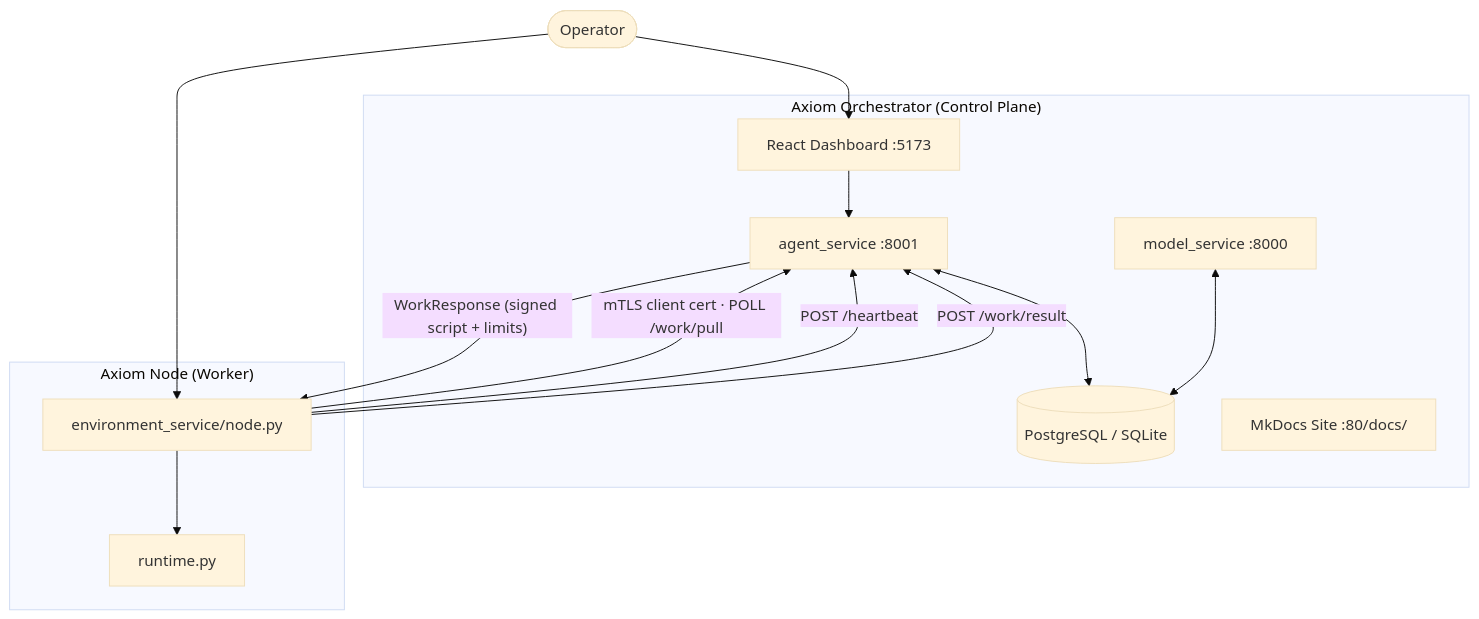
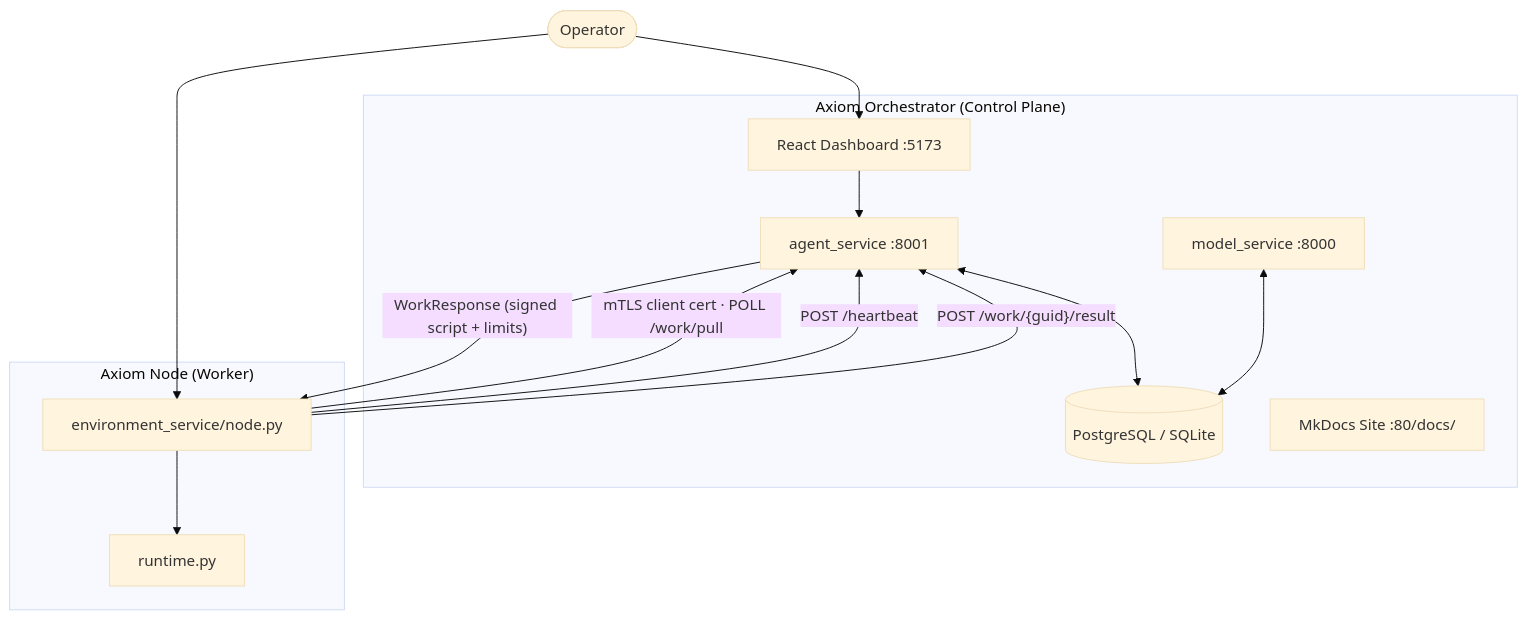
One commit to axiom-laboratories/axiom changed the first of 7 diagrams in docs/docs/developer/architecture.md. Above: the diagram before and after it, drawn with Mermaid (base theme). The commit also changed other lines of this file and 4 other files, not shown here.

````diff
--- a/docs/docs/developer/architecture.md
+++ b/docs/docs/developer/architecture.md
@@ -11,24 +11,24 @@
 ```mermaid
 graph TB
     subgraph Puppeteer ["Axiom Orchestrator (Control Plane)"]
         A[agent_service :8001]
         M[model_service :8000]
         DB[(PostgreSQL / SQLite)]
         DASH[React Dashboard :5173]
         DOCS[MkDocs Site :80/docs/]
         A <--> DB
         M <--> DB
         DASH --> A
     end
     subgraph Puppet ["Axiom Node (Worker)"]
         N[environment_service/node.py]
         R[runtime.py]
         N --> R
     end
     N -->|"mTLS client cert · POLL /work/pull"| A
     N -->|"POST /heartbeat"| A
     A -->|"WorkResponse (signed script + limits)"| N
-    N -->|"POST /work/result"| A
+    N -->|"POST /work/{guid}/result"| A
     OPER([Operator]) --> DASH
     OPER --> N
 ```
````
